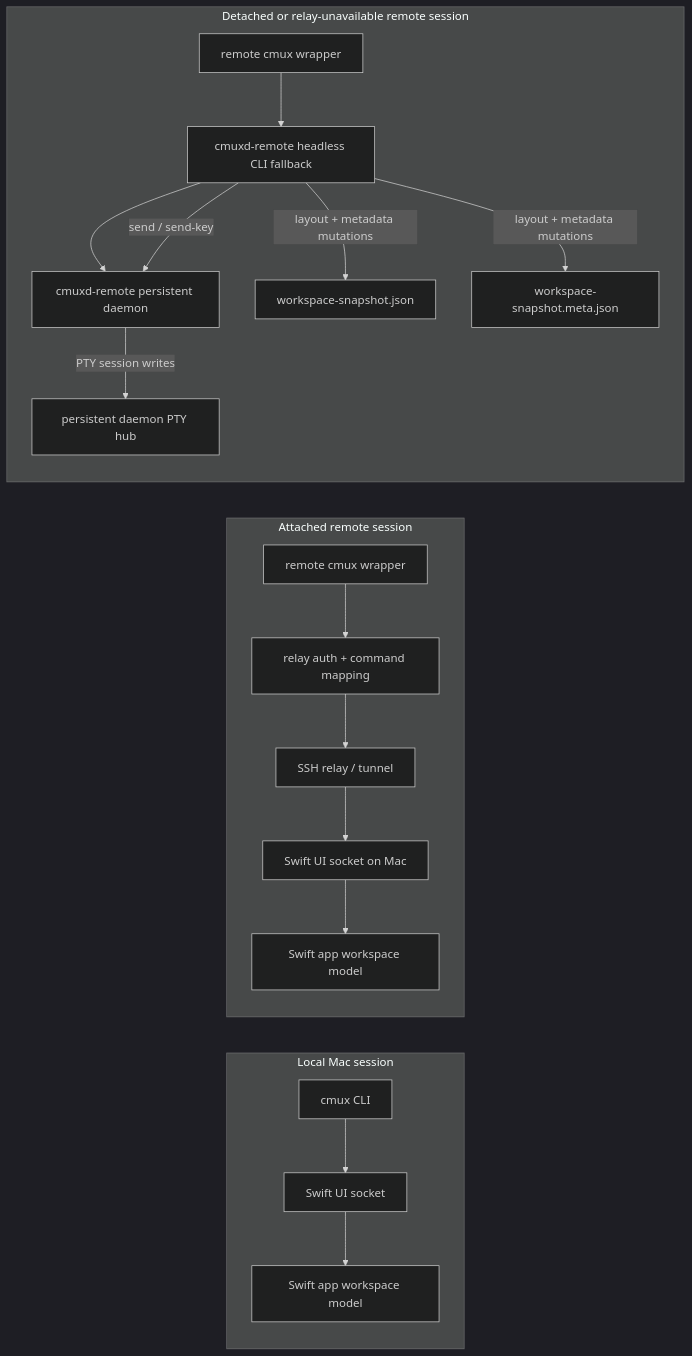
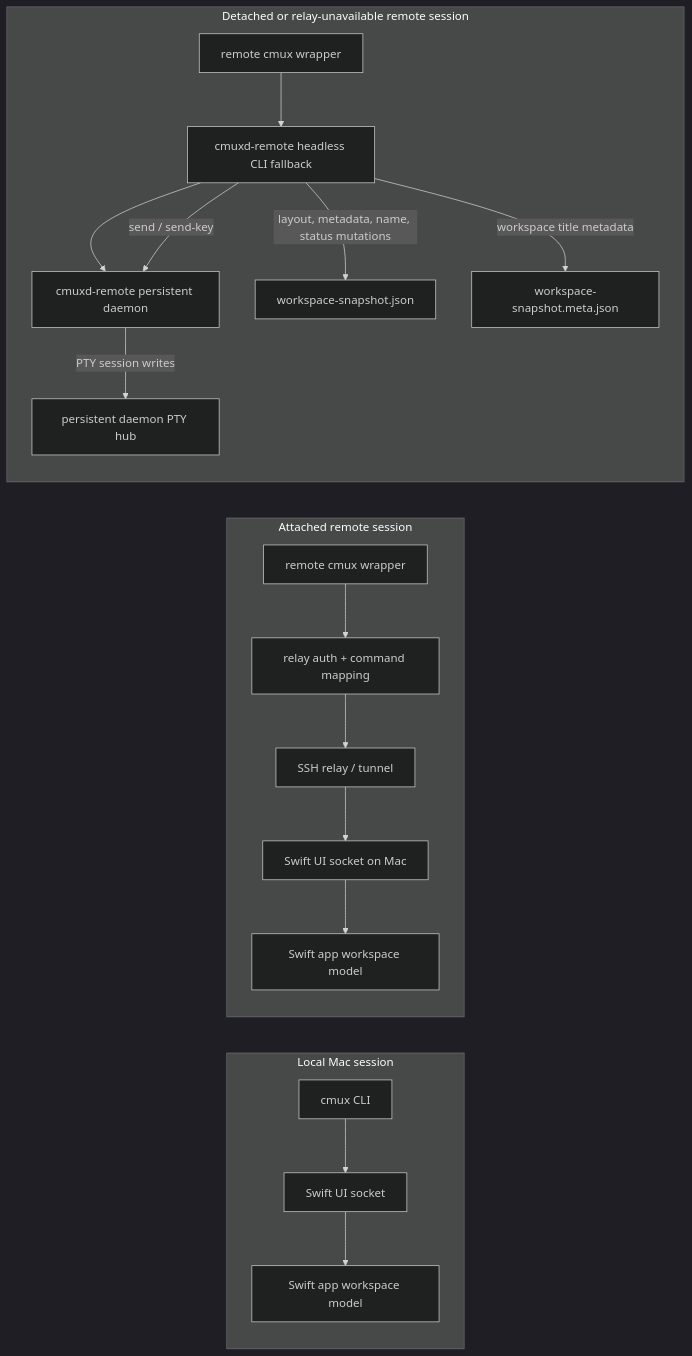
Before and after one commit to edbordin-linktree/cmux: the first of 4 diagrams in docs/remote-workspace-detached-metadata-plan.md, drawn with Mermaid (dark theme). The commit also changed other lines of this file and 6 other files, not shown here.

````diff
--- a/docs/remote-workspace-detached-metadata-plan.md
+++ b/docs/remote-workspace-detached-metadata-plan.md
@@ -64,33 +65,33 @@
 ```mermaid
 flowchart LR
   subgraph Local["Local Mac session"]
     LCLI["cmux CLI"]
     LSocket["Swift UI socket"]
     LUI["Swift app workspace model"]
     LCLI --> LSocket --> LUI
   end
 
   subgraph Attached["Attached remote session"]
     RCLI["remote cmux wrapper"]
     RelayAuth["relay auth + command mapping"]
     SSHRelay["SSH relay / tunnel"]
     ASocket["Swift UI socket on Mac"]
     AUI["Swift app workspace model"]
     RCLI --> RelayAuth --> SSHRelay --> ASocket --> AUI
   end
 
   subgraph Detached["Detached or relay-unavailable remote session"]
     DCLI["remote cmux wrapper"]
     Headless["cmuxd-remote headless CLI fallback"]
     SlotDaemon["cmuxd-remote persistent daemon"]
     Snapshot["workspace-snapshot.json"]
     Meta["workspace-snapshot.meta.json"]
     PTY["persistent daemon PTY hub"]
     DCLI --> Headless
     Headless --> SlotDaemon
-    Headless -->|layout + metadata mutations| Snapshot
-    Headless -->|layout + metadata mutations| Meta
+    Headless -->|layout, metadata, name, status mutations| Snapshot
+    Headless -->|workspace title metadata| Meta
     Headless -->|send / send-key| SlotDaemon
     SlotDaemon -->|PTY session writes| PTY
   end
 ```
````
